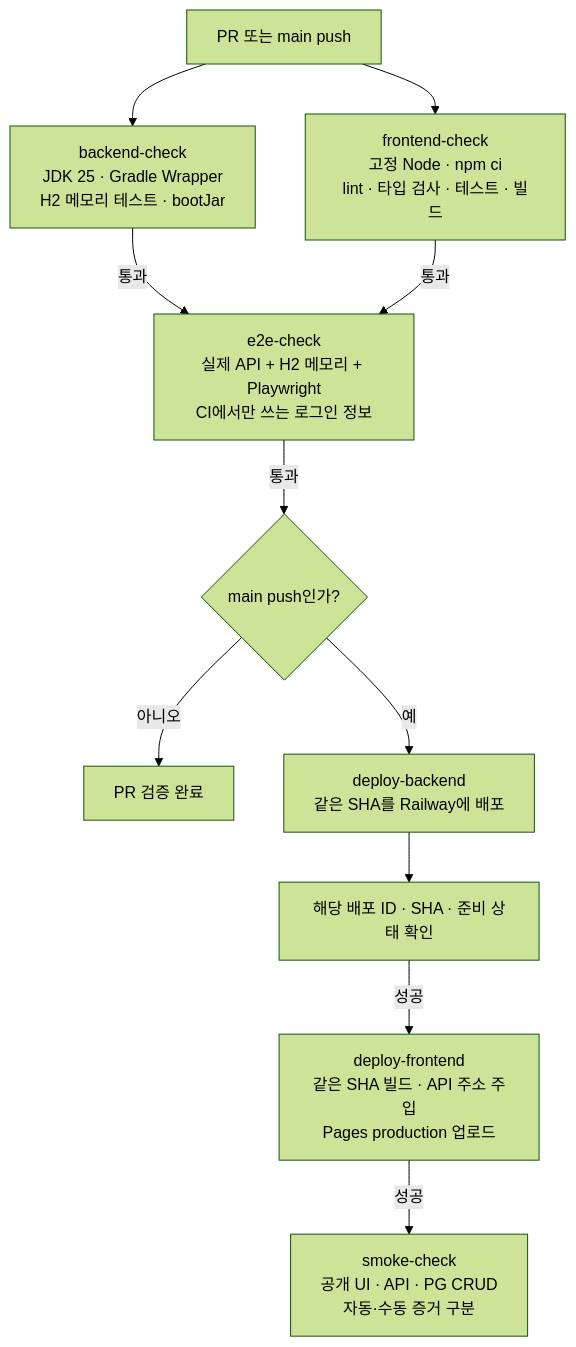
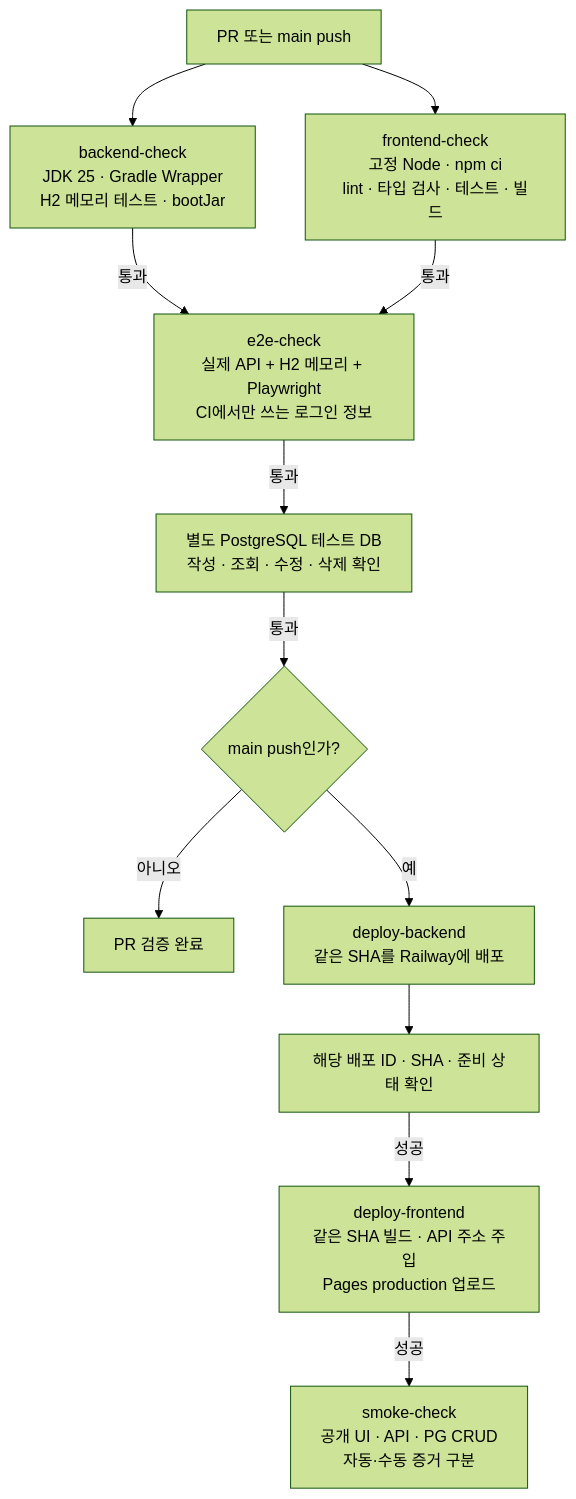
Before and after one commit to jhs512/matt-user-guide: diagram 14 of 16 in README.md, drawn with Mermaid (forest theme). The commit also changed other lines of this file, not shown here.

````diff
--- a/README.md
+++ b/README.md
@@ -1141,13 +1183,14 @@
 ```mermaid
 flowchart TD
     trigger["PR 또는 main push"] --> backend["backend-check<br/>JDK 25 · Gradle Wrapper<br/>H2 메모리 테스트 · bootJar"]
     trigger --> frontend["frontend-check<br/>고정 Node · npm ci<br/>lint · 타입 검사 · 테스트 · 빌드"]
     backend -->|"통과"| e2e["e2e-check<br/>실제 API + H2 메모리 + Playwright<br/>CI에서만 쓰는 로그인 정보"]
     frontend -->|"통과"| e2e
-    e2e -->|"통과"| branch{"main push인가?"}
+    e2e -->|"통과"| pg["별도 PostgreSQL 테스트 DB<br/>작성 · 조회 · 수정 · 삭제 확인"]
+    pg -->|"통과"| branch{"main push인가?"}
     branch -->|"아니오"| pr["PR 검증 완료"]
     branch -->|"예"| railway["deploy-backend<br/>같은 SHA를 Railway에 배포"]
     railway --> ready["해당 배포 ID · SHA · 준비 상태 확인"]
     ready -->|"성공"| pages["deploy-frontend<br/>같은 SHA 빌드 · API 주소 주입<br/>Pages production 업로드"]
     pages -->|"성공"| smoke["smoke-check<br/>공개 UI · API · PG CRUD<br/>자동·수동 증거 구분"]
 ```
````
